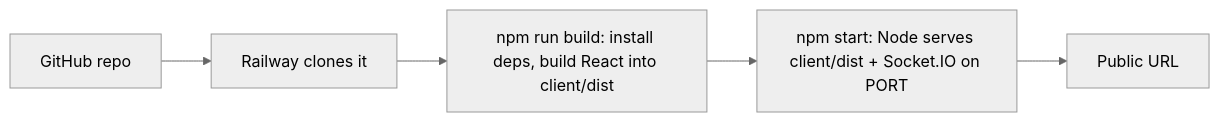
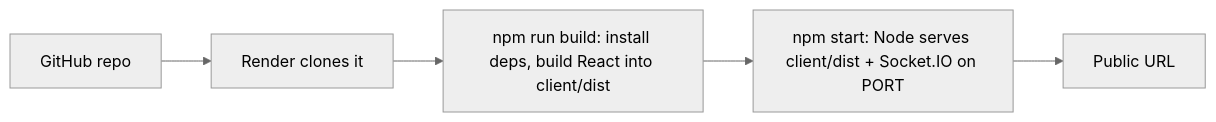
One commit to ritik-2407/Skribbl changed diagram 17 of 17 in README.md. Above: the diagram before and after it, drawn with Mermaid (neutral theme). The commit also changed other lines of this file and 8 other files, not shown here.

````diff
--- a/README.md
+++ b/README.md
@@ -759,7 +811,7 @@
 ```mermaid
 flowchart LR
-    G["GitHub repo"] --> R["Railway clones it"]
+    G["GitHub repo"] --> R["Render clones it"]
     R --> B["npm run build: install deps, build React into client/dist"]
     B --> S["npm start: Node serves client/dist + Socket.IO on PORT"]
     S --> U["Public URL"]
 ```
````
